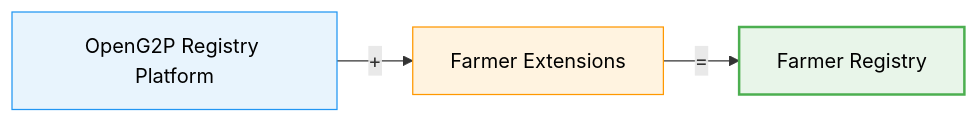
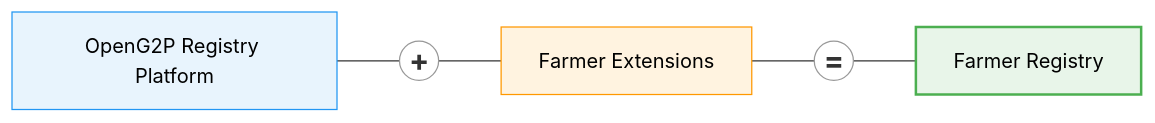
The diagram in products/registry/farmer-registry.md (OpenG2P/openg2p-documentation), drawn with Mermaid before and after one commit.

````diff
--- a/products/registry/farmer-registry.md
+++ b/products/registry/farmer-registry.md
@@ -3,8 +3,9 @@
 ```mermaid
 graph LR
-    A["OpenG2P Registry Platform"] -->|+| B["Farmer Extensions"]
-    B -->|=| C["Farmer Registry"]
+    A["OpenG2P Registry Platform"] --- P((" <b><span style='font-size:24px'>+</span></b> ")) --- B["Farmer Extensions"] --- E((" <b><span style='font-size:24px'>=</span></b> ")) --- C["Farmer Registry"]
     style A fill:#e8f4fd,stroke:#2196F3,color:#000
     style B fill:#fff3e0,stroke:#FF9800,color:#000
     style C fill:#e8f5e9,stroke:#4CAF50,stroke-width:2px,color:#000
+    style P fill:#fff,stroke:#999,font-size:24px,color:#000
+    style E fill:#fff,stroke:#999,font-size:24px,color:#000
 ```
````
